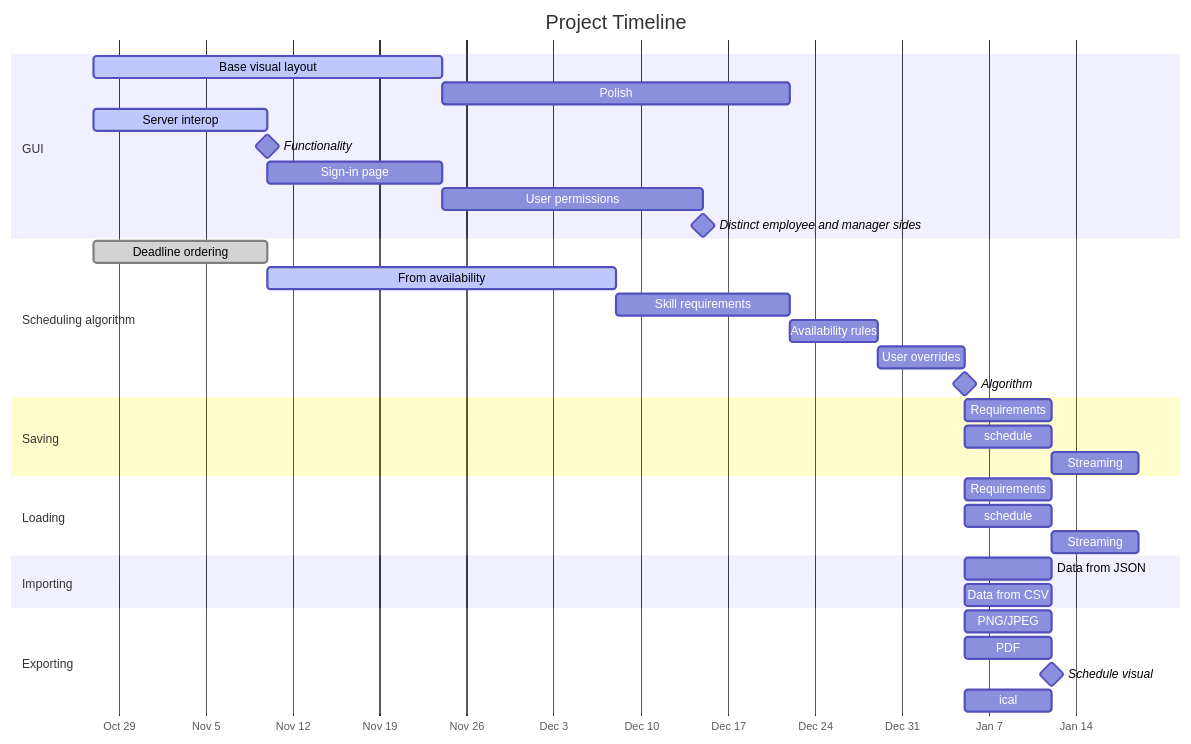
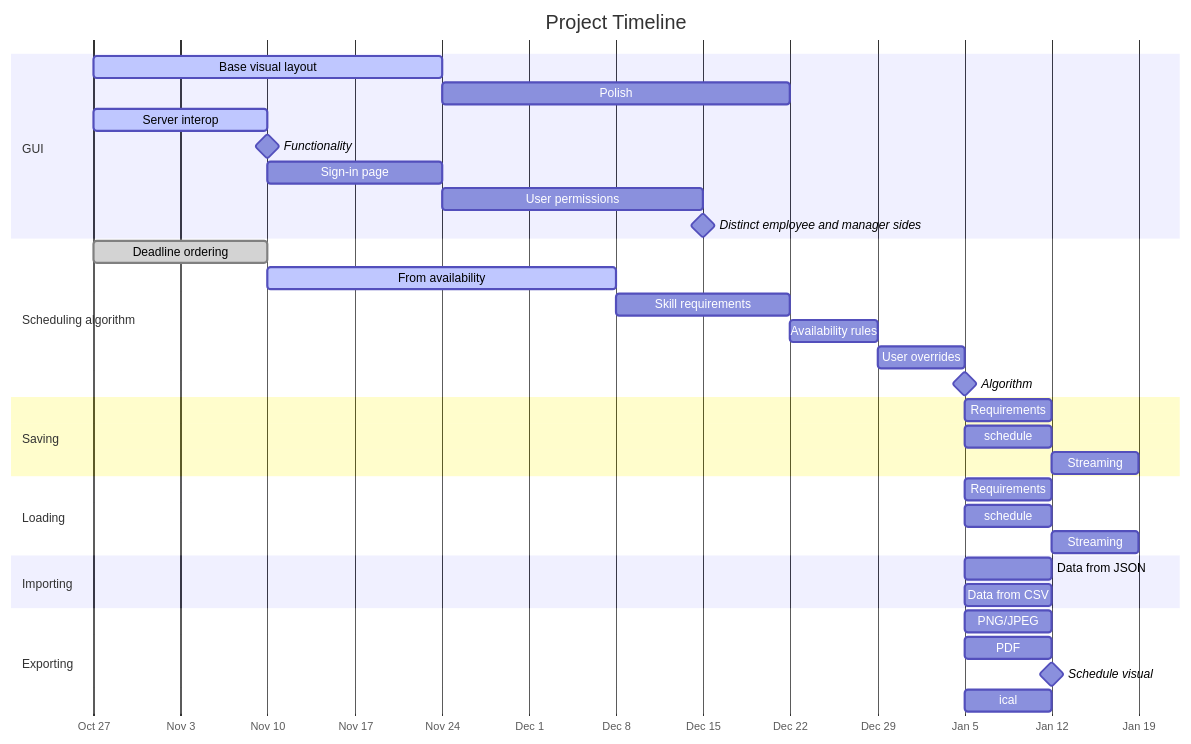
One commit to AmityWilder/gvsu-cis350-sporks changed the first of 4 diagrams in artifacts/diagrams.md. Above: the diagram before and after it, drawn with Mermaid. The commit also changed other lines of this file, not shown here.

Commit message:
Fix date format
The Gantt chart wasn't displaying on Github due to the date format being from a later version than Github supports

````diff
--- a/artifacts/diagrams.md
+++ b/artifacts/diagrams.md
@@ -2,46 +3,46 @@
 ```mermaid
 gantt
     title Project Timeline
-    dateFormat %b %e
+    dateFormat M-D
     axisFormat %b %e
     tickInterval 1week
     weekday monday
     todayMarker on
 
     section GUI
-        Base visual layout                   : active, g1, Oct 27, 4w
+        Base visual layout                   : active, g1, 10-27, 4w
         Polish                               : g5, after g1, 4w
-        Server interop                       : active, g2, Oct 27, 2w
+        Server interop                       : active, g2, 10-27, 2w
         Functionality                        : milestone, g2
         Sign-in page                         : g3, after g2, 2w
         User permissions                     : g4, after g3, 3w
         Distinct employee and manager sides  : milestone, g3 g4
 
     section Scheduling algorithm
-        Deadline ordering   : done, sch1, Oct 27, 2w
+        Deadline ordering   : done, sch1, 10-27, 2w
         From availability   : active, sch2, after sch1, 4w
         Skill requirements  : sch3, after sch2, 2w
         Availability rules  : sch4, after sch3, 1w
         User overrides      : sch5, after sch4, 1w
         Algorithm           : milestone, sch1 sch2 sch3 sch4 sch5
 
     section Saving
         Requirements  : ser1, after sch1 sch2 sch3 sch4 sch5, 1w
         schedule      : ser2, after sch1 sch2 sch3 sch4 sch5, 1w
         Streaming     : ser3, after ser2, 1w
 
     section Loading
         Requirements  : de1, after sch1 sch2 sch3 sch4 sch5, 1w
         schedule      : de2, after sch1 sch2 sch3 sch4 sch5, 1w
         Streaming     : de3, after de2, 1w
 
     section Importing
         Data from JSON  : im1, after sch1 sch2 sch3 sch4 sch5, 1w
         Data from CSV   : im2, after sch1 sch2 sch3 sch4 sch5, 1w
 
     section Exporting
         PNG/JPEG           : ex3, after sch1 sch2 sch3 sch4 sch5, 1w
         PDF                : ex4, after sch1 sch2 sch3 sch4 sch5, 1w
         Schedule visual    : milestone, after ex4
         ical               : ex5, after sch1 sch2 sch3 sch4 sch5, 1w
 ```
````
